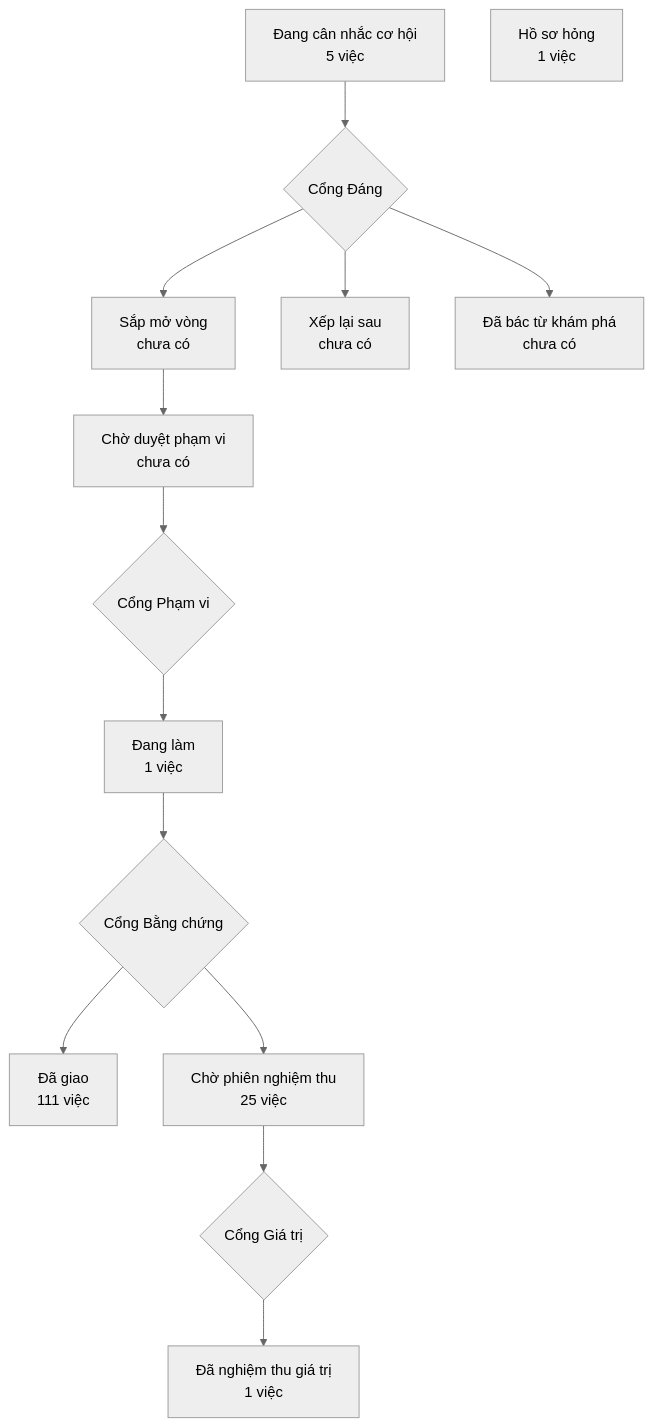
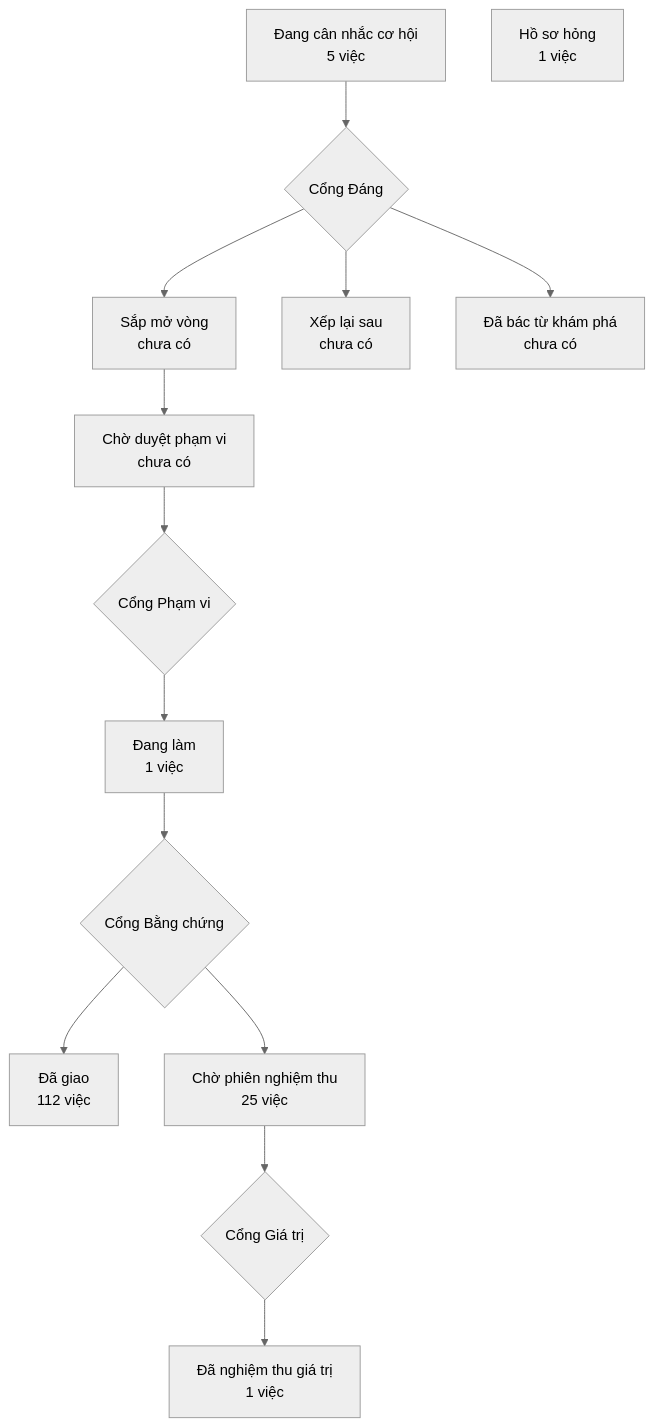
The diagram in PRODUCT-MAP.md (phanlemanh/crm-onehub), drawn with Mermaid (neutral theme) before and after one commit. The commit also changed other lines of this file and 3 other files, not shown here.

````diff
--- a/PRODUCT-MAP.md
+++ b/PRODUCT-MAP.md
@@ -6,13 +6,13 @@
 ```mermaid
 flowchart TD
   A["Đang cân nhắc cơ hội<br/>5 việc"] --> GD{"Cổng Đáng"}
   GD --> B["Sắp mở vòng<br/>chưa có"]
   GD --> XL["Xếp lại sau<br/>chưa có"]
   GD --> DB["Đã bác từ khám phá<br/>chưa có"]
   B --> CD["Chờ duyệt phạm vi<br/>chưa có"] --> GP{"Cổng Phạm vi"}
   GP --> DL["Đang làm<br/>1 việc"] --> GB{"Cổng Bằng chứng"}
-  GB --> DG["Đã giao<br/>111 việc"]
+  GB --> DG["Đã giao<br/>112 việc"]
   GB --> CN["Chờ phiên nghiệm thu<br/>25 việc"] --> GG{"Cổng Giá trị"}
   GG --> NT["Đã nghiệm thu giá trị<br/>1 việc"]
   HS["Hồ sơ hỏng<br/>1 việc"]
 ```
````
